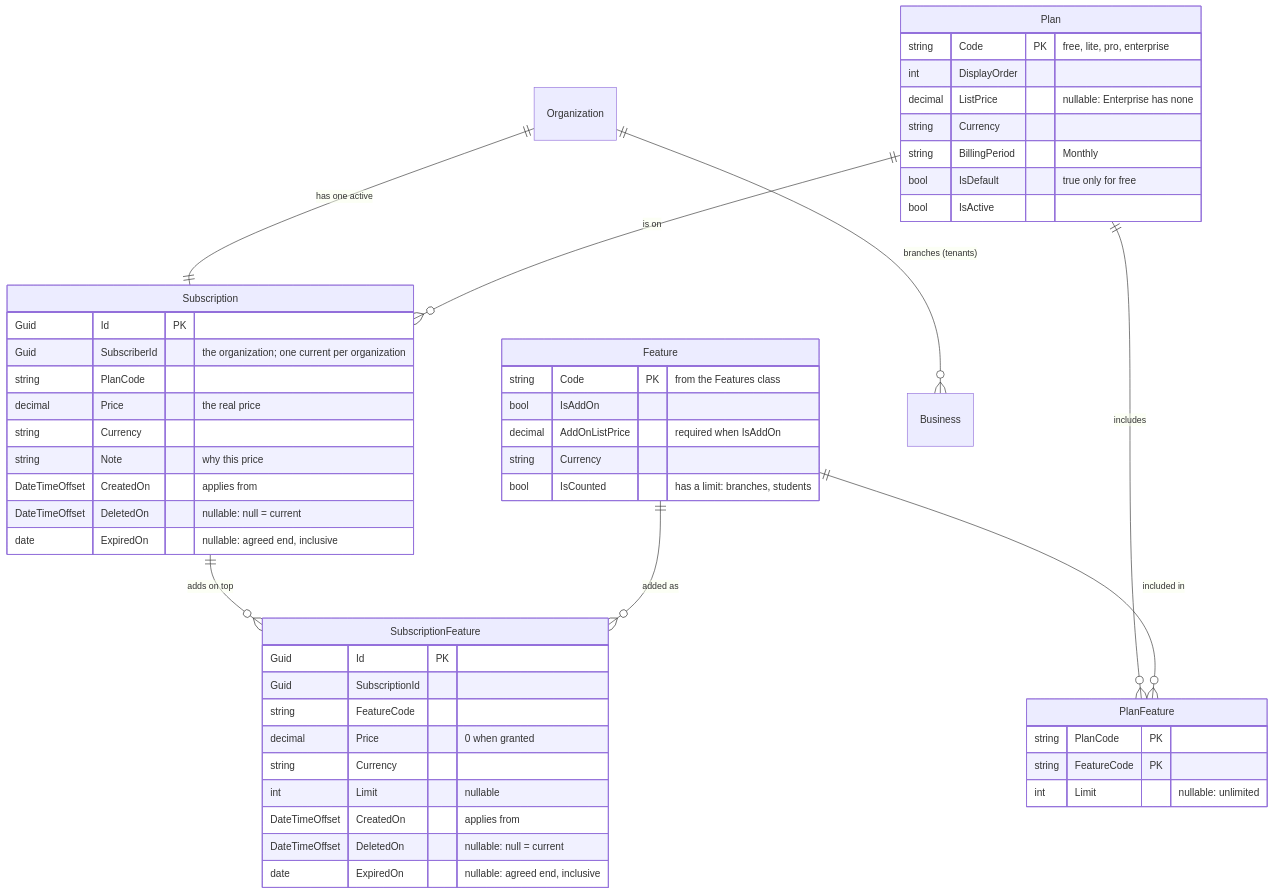
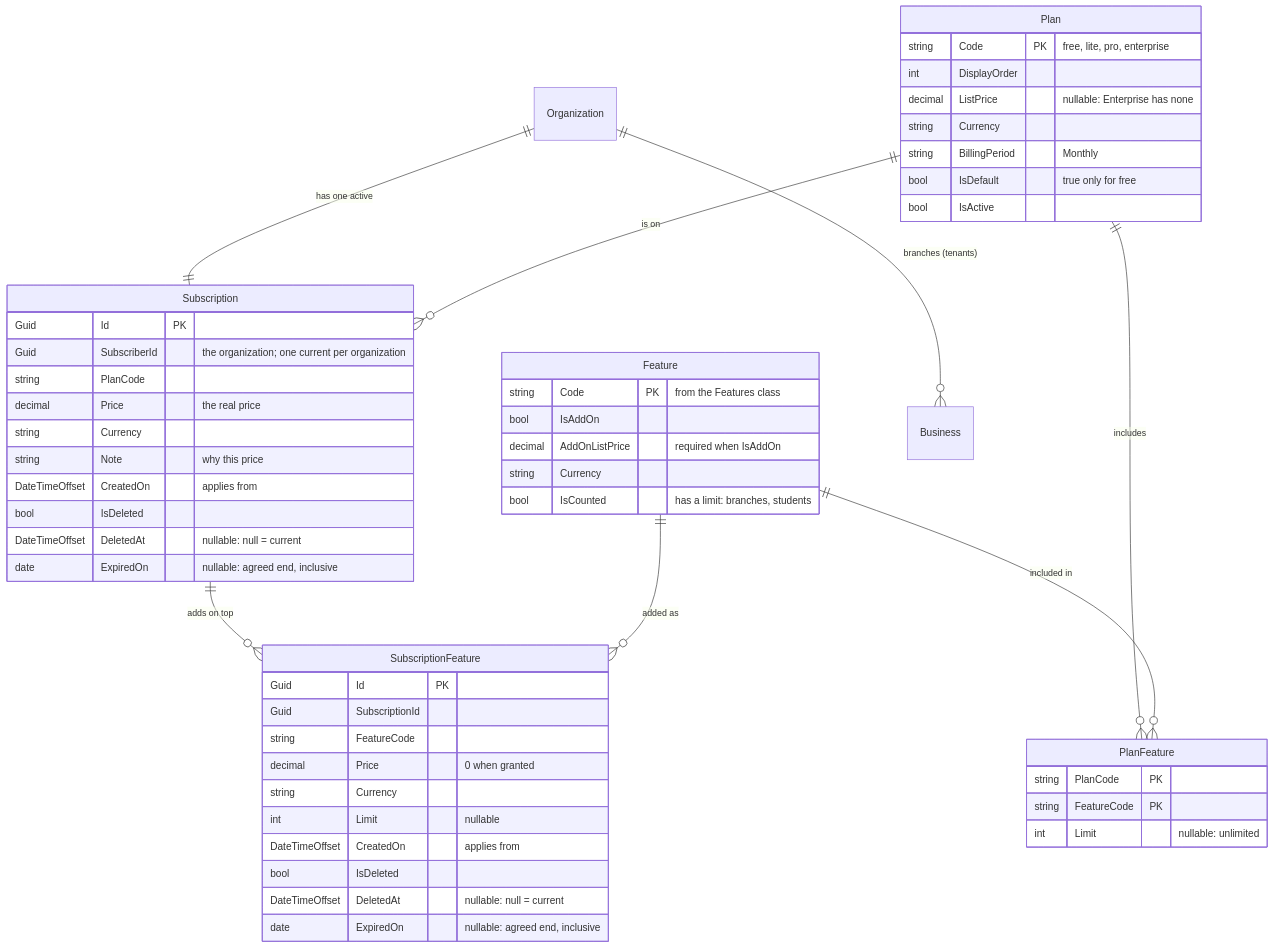
One commit to alejandrolazarte/class-manager changed the first of 2 diagrams in docs/backend/20261003-subscriptions/plan.md. Above: the diagram before and after it, drawn with Mermaid. The commit also changed other lines of this file and 52 other files, not shown here.

````diff
--- a/docs/backend/20261003-subscriptions/plan.md
+++ b/docs/backend/20261003-subscriptions/plan.md
@@ -88,54 +88,56 @@
 ```mermaid
 erDiagram
     Organization ||--|| Subscription : "has one active"
     Plan ||--o{ Subscription : "is on"
     Plan ||--o{ PlanFeature : includes
     Feature ||--o{ PlanFeature : "included in"
     Subscription ||--o{ SubscriptionFeature : "adds on top"
     Feature ||--o{ SubscriptionFeature : "added as"
     Organization ||--o{ Business : "branches (tenants)"
 
     Plan {
         string Code PK "free, lite, pro, enterprise"
         int DisplayOrder
         decimal ListPrice "nullable: Enterprise has none"
         string Currency
         string BillingPeriod "Monthly"
         bool IsDefault "true only for free"
         bool IsActive
     }
     Feature {
         string Code PK "from the Features class"
         bool IsAddOn
         decimal AddOnListPrice "required when IsAddOn"
         string Currency
         bool IsCounted "has a limit: branches, students"
     }
     PlanFeature {
         string PlanCode PK
         string FeatureCode PK
         int Limit "nullable: unlimited"
     }
     Subscription {
         Guid Id PK
         Guid SubscriberId "the organization; one current per organization"
         string PlanCode
         decimal Price "the real price"
         string Currency
         string Note "why this price"
         DateTimeOffset CreatedOn "applies from"
-        DateTimeOffset DeletedOn "nullable: null = current"
+        bool IsDeleted
+        DateTimeOffset DeletedAt "nullable: null = current"
         date ExpiredOn "nullable: agreed end, inclusive"
     }
     SubscriptionFeature {
         Guid Id PK
         Guid SubscriptionId
         string FeatureCode
         decimal Price "0 when granted"
         string Currency
         int Limit "nullable"
         DateTimeOffset CreatedOn "applies from"
-        DateTimeOffset DeletedOn "nullable: null = current"
+        bool IsDeleted
+        DateTimeOffset DeletedAt "nullable: null = current"
         date ExpiredOn "nullable: agreed end, inclusive"
     }
 ```
````
